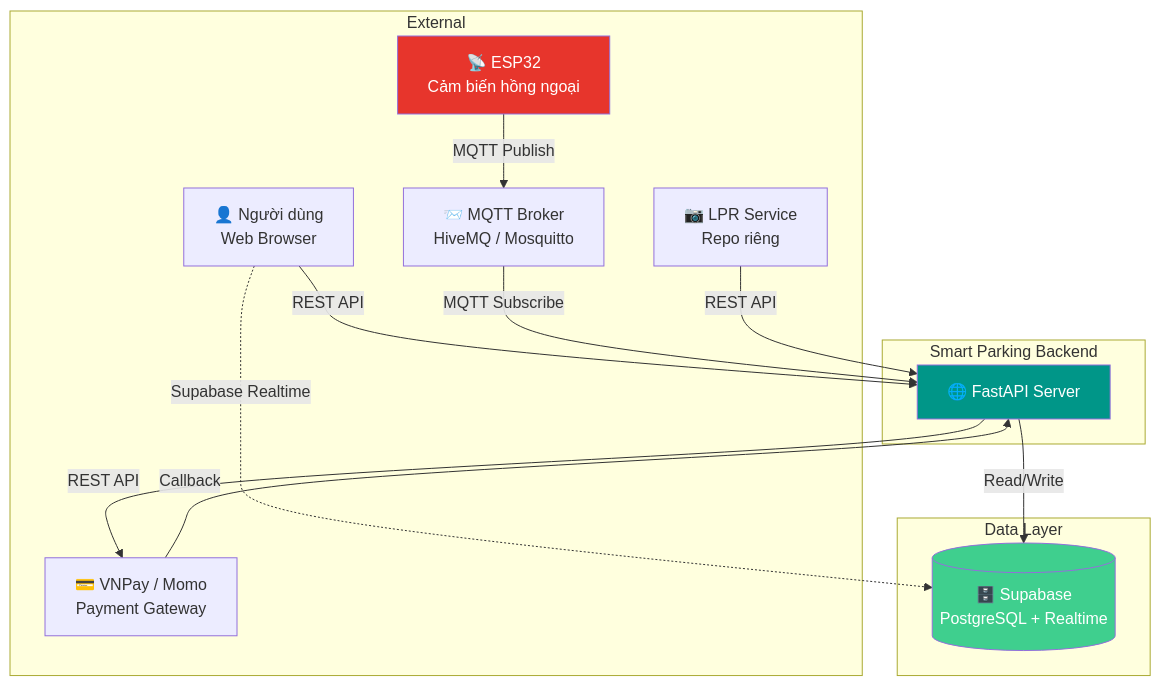
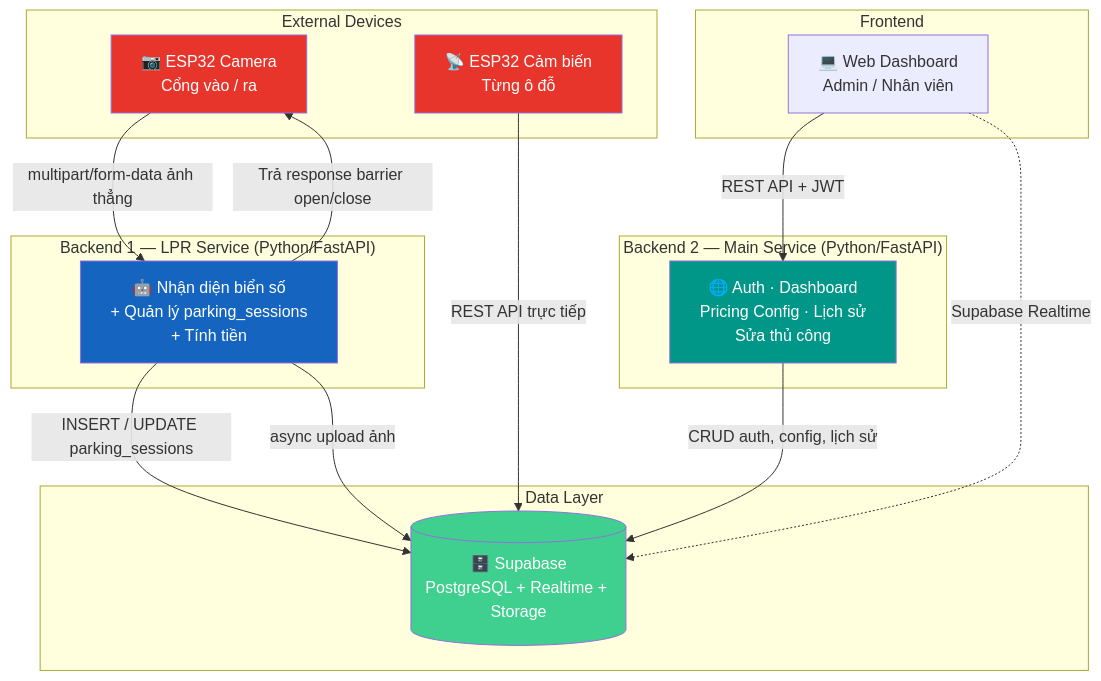
One commit to smart-parking-lab/smart-parking-backend-dashboard changed the first of 5 diagrams in docs/SYSTEM_DESIGN.md. Above: the diagram before and after it, drawn with Mermaid. The commit also changed other lines of this file, not shown here.

````diff
--- a/docs/SYSTEM_DESIGN.md
+++ b/docs/SYSTEM_DESIGN.md
@@ -11,31 +11,40 @@
 ```mermaid
 graph TB
-    subgraph "External"
-        U[👤 Người dùng<br/>Web Browser]
-        ESP[📡 ESP32<br/>Cảm biến hồng ngoại]
-        LPR[📷 LPR Service<br/>Repo riêng]
-        PAY[💳 VNPay / Momo<br/>Payment Gateway]
-        MQTT_B[📨 MQTT Broker<br/>HiveMQ / Mosquitto]
+    subgraph "External Devices"
+        CAM[📷 ESP32 Camera<br/>Cổng vào / ra]
+        SEN[📡 ESP32 Cảm biến<br/>Từng ô đỗ]
     end
 
-    subgraph "Smart Parking Backend"
-        API[🌐 FastAPI Server]
+    subgraph "Backend 1 — LPR Service (Python/FastAPI)"
+        LPR[🤖 Nhận diện biển số<br/>+ Quản lý parking_sessions<br/>+ Tính tiền]
+    end
+
+    subgraph "Backend 2 — Main Service (Python/FastAPI)"
+        MAIN[🌐 Auth · Dashboard<br/>Pricing Config · Lịch sử<br/>Sửa thủ công]
     end
 
     subgraph "Data Layer"
-        DB[(🗄️ Supabase<br/>PostgreSQL + Realtime)]
+        DB[(🗄️ Supabase<br/>PostgreSQL + Realtime + Storage)]
     end
 
-    U -->|REST API| API
-    U -.->|Supabase Realtime| DB
-    ESP -->|MQTT Publish| MQTT_B
-    MQTT_B -->|MQTT Subscribe| API
-    LPR -->|REST API| API
-    API -->|REST API| PAY
-    PAY -->|Callback| API
-    API -->|Read/Write| DB
+    subgraph "Frontend"
+        FE[💻 Web Dashboard<br/>Admin / Nhân viên]
+    end
 
-    style API fill:#009688,color:#fff
+    CAM -->|multipart/form-data ảnh thẳng| LPR
+    LPR -->|Trả response barrier open/close| CAM
+    LPR -->|INSERT / UPDATE parking_sessions| DB
+    LPR -->|async upload ảnh| DB
+
+    SEN -->|REST API trực tiếp| DB
+
+    MAIN -->|CRUD auth, config, lịch sử| DB
+    FE -->|REST API + JWT| MAIN
+    FE -.->|Supabase Realtime| DB
+
+    style LPR fill:#1565C0,color:#fff
+    style MAIN fill:#009688,color:#fff
     style DB fill:#3FCF8E,color:#fff
-    style ESP fill:#E7352C,color:#fff
+    style CAM fill:#E7352C,color:#fff
+    style SEN fill:#E7352C,color:#fff
 ```
````
